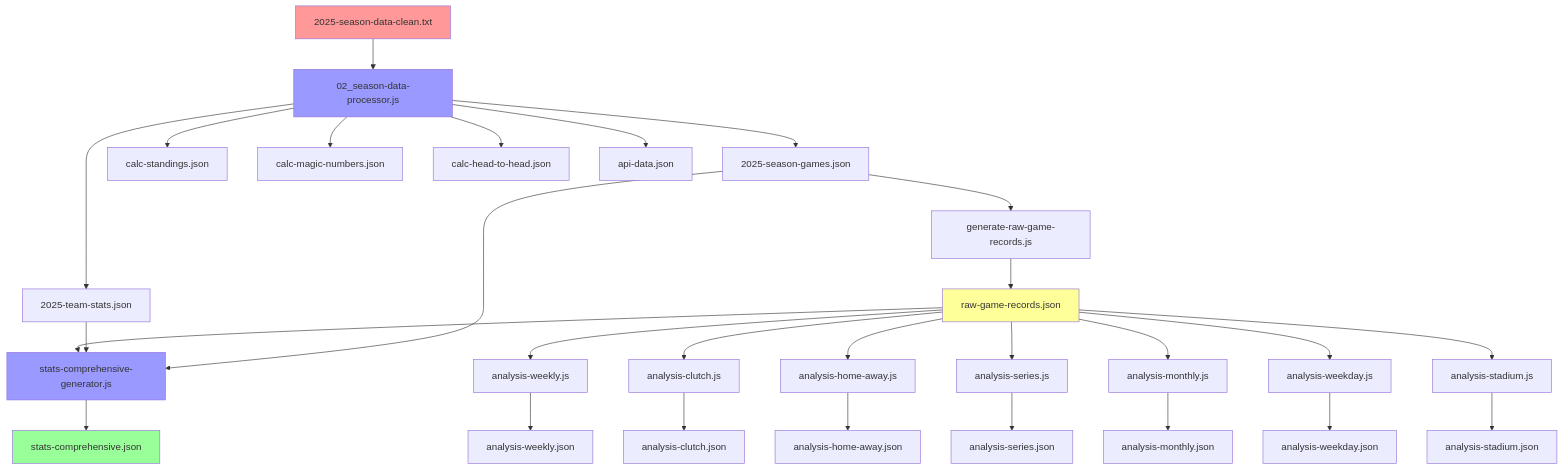
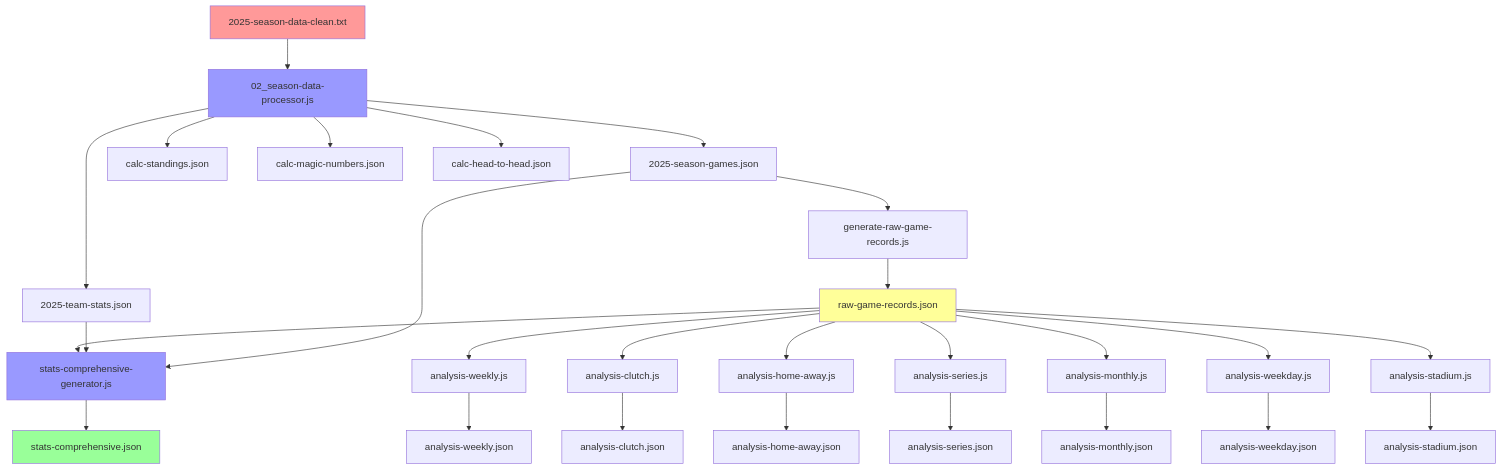
Before and after one commit to SanghunBruceHam/kbo: the diagram in magic-number/JSON-DEPENDENCY-MAP.md, drawn with Mermaid. The commit also changed other lines of this file and 9 other files, not shown here.

First line of the commit message:
🔥 JSON 통합 및 오류 수정 - api-data.json 완전 제거

````diff
--- a/magic-number/JSON-DEPENDENCY-MAP.md
+++ b/magic-number/JSON-DEPENDENCY-MAP.md
@@ -5,47 +5,46 @@
 ```mermaid
 graph TD
     A[2025-season-data-clean.txt] --> B[02_season-data-processor.js]
     
     B --> C[2025-season-games.json]
     B --> D[2025-team-stats.json]
     
     C --> E[generate-raw-game-records.js]
     E --> F[raw-game-records.json]
     
     B --> G[calc-standings.json]
     B --> H[calc-magic-numbers.json]
     B --> I[calc-head-to-head.json]
-    B --> J[api-data.json]
     
     F --> K[stats-comprehensive-generator.js]
     D --> K
     C --> K
     K --> L[stats-comprehensive.json]
     
     F --> M[analysis-weekly.js]
     M --> N[analysis-weekly.json]
     
     F --> O[analysis-clutch.js]
     O --> P[analysis-clutch.json]
     
     F --> Q[analysis-home-away.js]
     Q --> R[analysis-home-away.json]
     
     F --> S[analysis-series.js]
     S --> T[analysis-series.json]
     
     F --> U[analysis-monthly.js]
     U --> V[analysis-monthly.json]
     
     F --> W[analysis-weekday.js]
     W --> X[analysis-weekday.json]
     
     F --> Y[analysis-stadium.js]
     Y --> Z[analysis-stadium.json]
     
     style A fill:#ff9999
     style L fill:#99ff99
     style F fill:#ffff99
     style B fill:#9999ff
     style K fill:#9999ff
 ```
````
